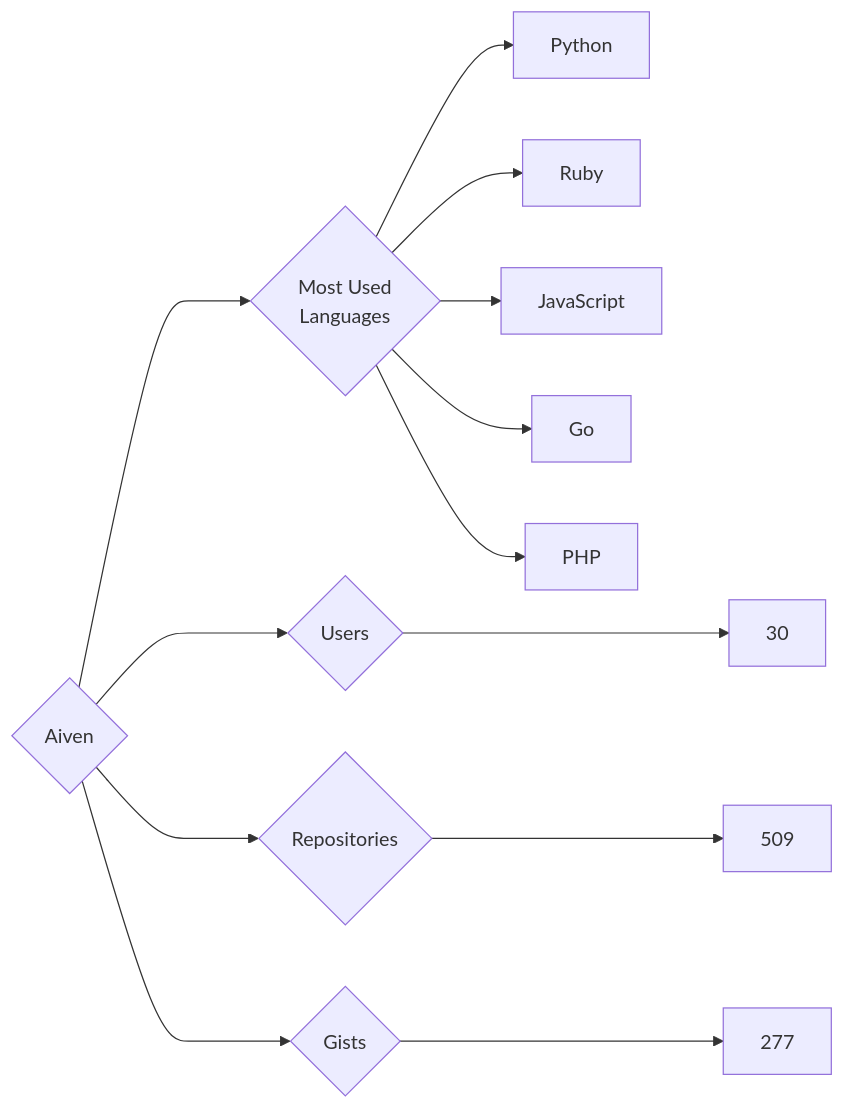
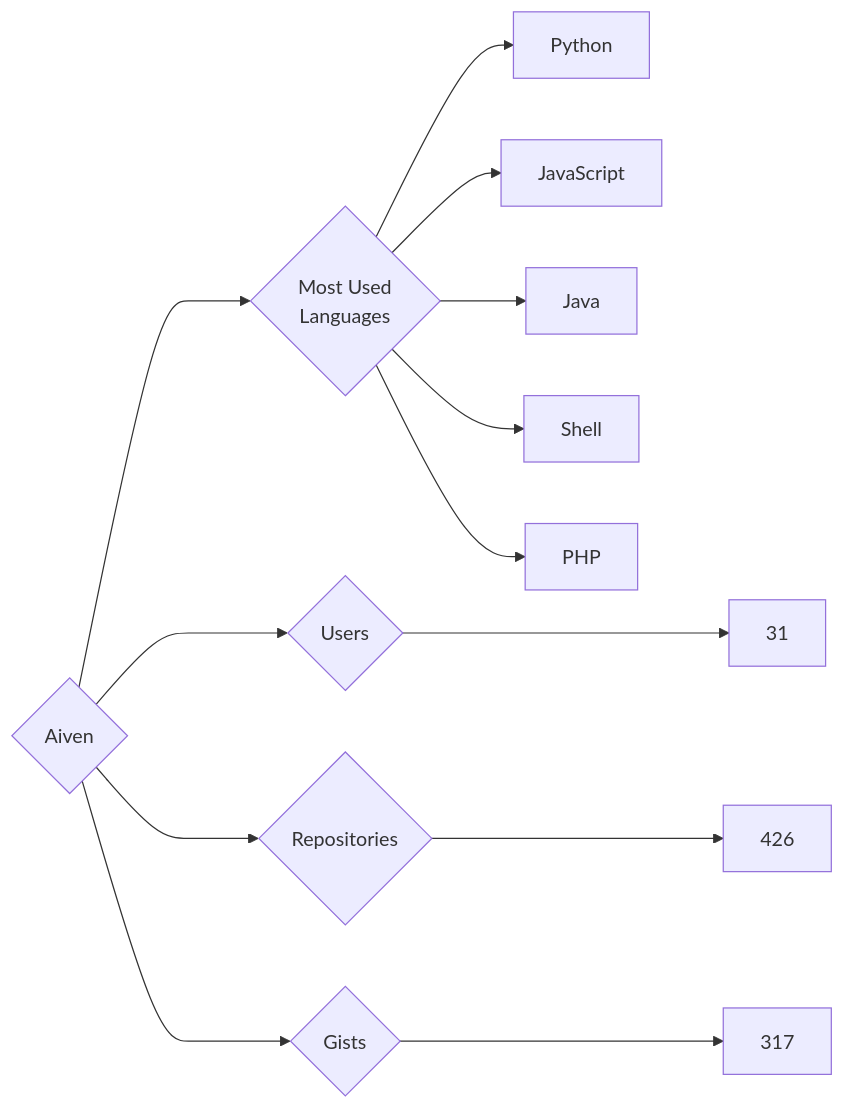
Before and after one commit to trickest/insiders: the diagram in targets/Aiven/README.md, drawn with Mermaid. The commit also changed 757 other files, not shown here.

````diff
--- a/targets/Aiven/README.md
+++ b/targets/Aiven/README.md
@@ -3,13 +3,13 @@
 ```mermaid
 graph LR
 COMPANY_NAME{Aiven}
-COMPANY_NAME ---> U{Users} ---> UN[30]
-COMPANY_NAME ---> R{Repositories} ---> RN[509]
-COMPANY_NAME ---> G{Gists} ---> GN[277]
+COMPANY_NAME ---> U{Users} ---> UN[31]
+COMPANY_NAME ---> R{Repositories} ---> RN[426]
+COMPANY_NAME ---> G{Gists} ---> GN[317]
 COMPANY_NAME ---> ML{Most Used<br>Languages}
 ML --> Python[Python]
-ML --> Ruby[Ruby]
 ML --> JavaScript[JavaScript]
-ML --> Go[Go]
+ML --> Java[Java]
+ML --> Shell[Shell]
 ML --> PHP[PHP]
 ```
````
